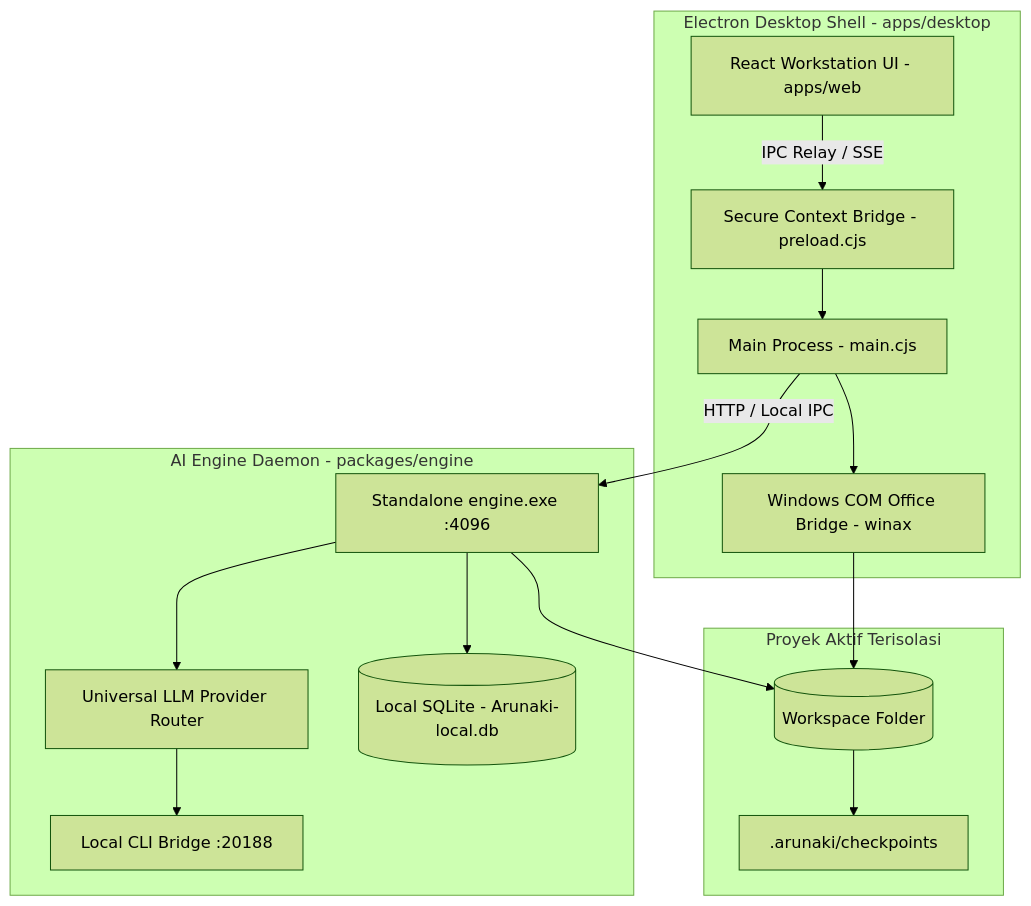
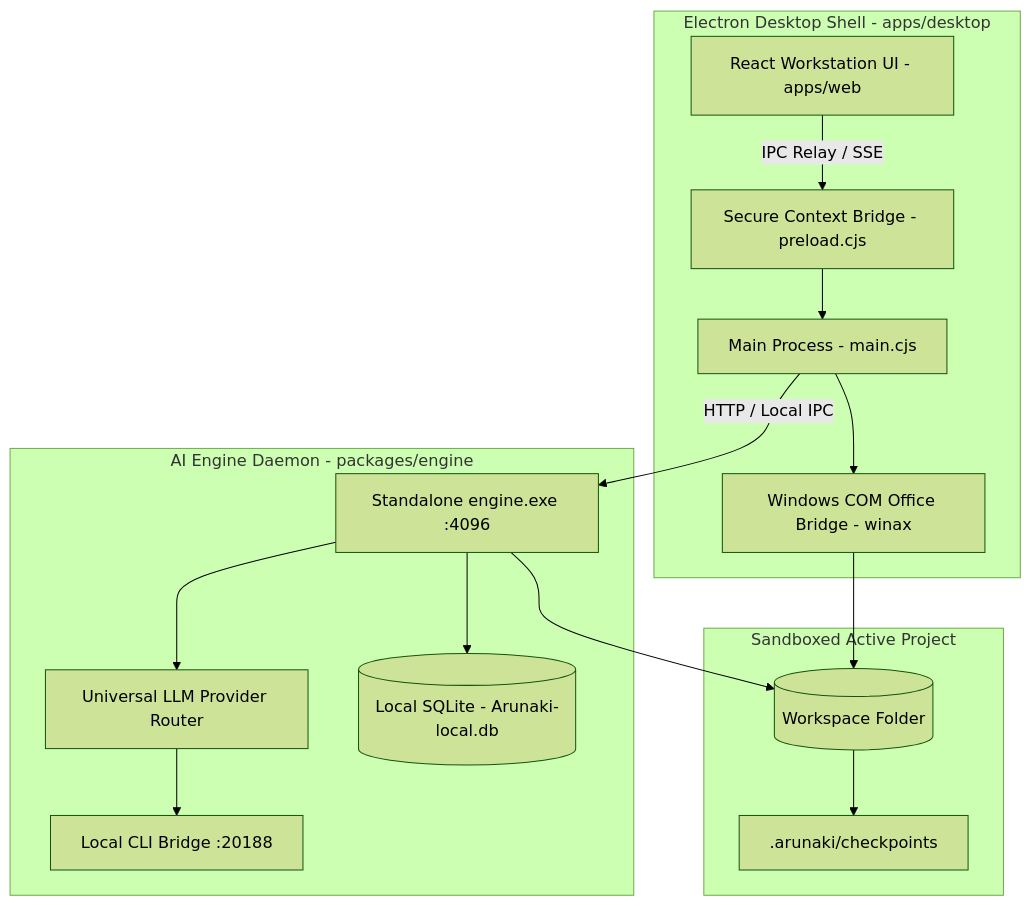
Before and after one commit to jlsrngo/Arunaki: the second of 2 diagrams in README.md, drawn with Mermaid (forest theme). The commit also changed other lines of this file, not shown here.

````diff
--- a/README.md
+++ b/README.md
@@ -128,32 +129,32 @@
 ```mermaid
 graph TD
     subgraph Desktop Shell [Electron Desktop Shell - apps/desktop]
         UI[React Workstation UI - apps/web]
         Preload[Secure Context Bridge - preload.cjs]
         Main[Main Process - main.cjs]
         WinAX[Windows COM Office Bridge - winax]
     end
 
     subgraph Backend Engine [AI Engine Daemon - packages/engine]
         Engine[Standalone engine.exe :4096]
         Router[Universal LLM Provider Router]
         CLIBridge[Local CLI Bridge :20188]
         SQLite[(Local SQLite - Arunaki-local.db)]
     end
 
-    subgraph Sandbox [Proyek Aktif Terisolasi]
+    subgraph Sandbox [Sandboxed Active Project]
         Folder[(Workspace Folder)]
         Checkpoint[.arunaki/checkpoints]
     end
 
     UI -->|IPC Relay / SSE| Preload
     Preload --> Main
     Main --> WinAX
     Main -->|HTTP / Local IPC| Engine
     Engine --> Router
     Router --> CLIBridge
     Engine --> SQLite
     WinAX --> Folder
     Engine --> Folder
     Folder --> Checkpoint
 ```
````
